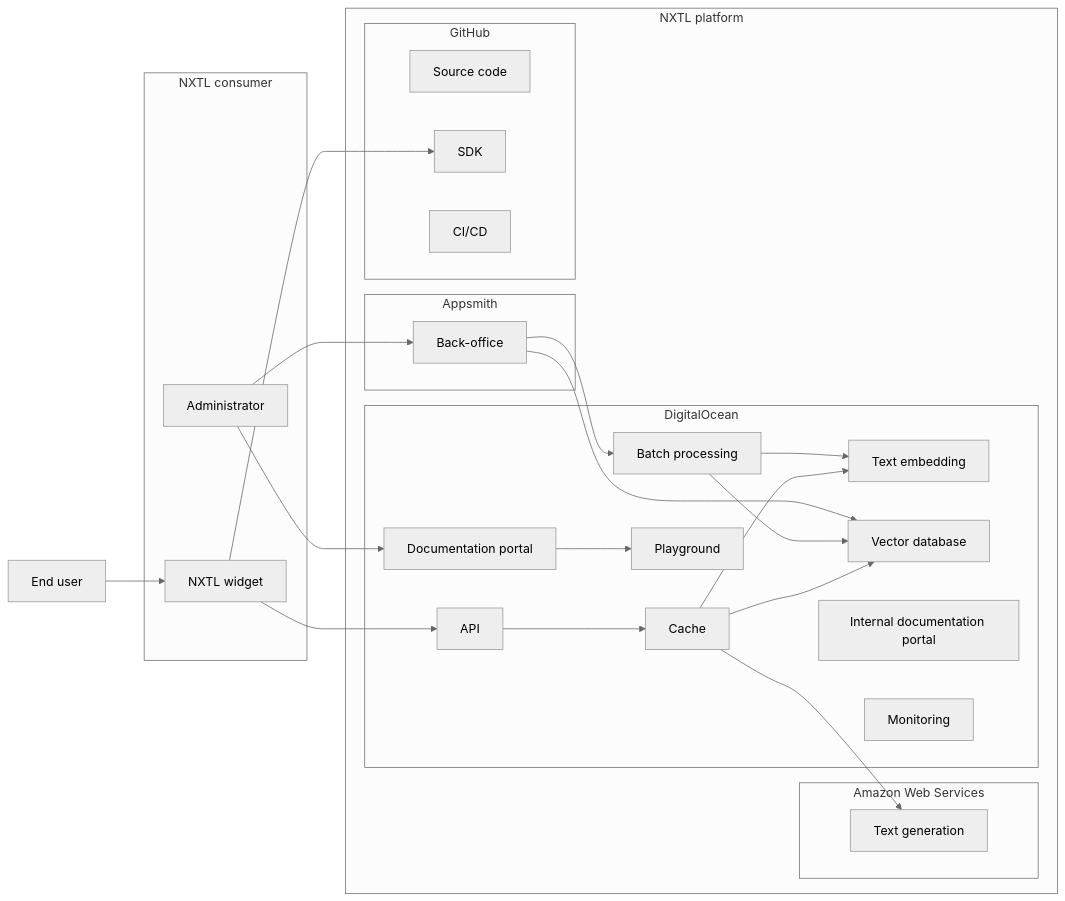
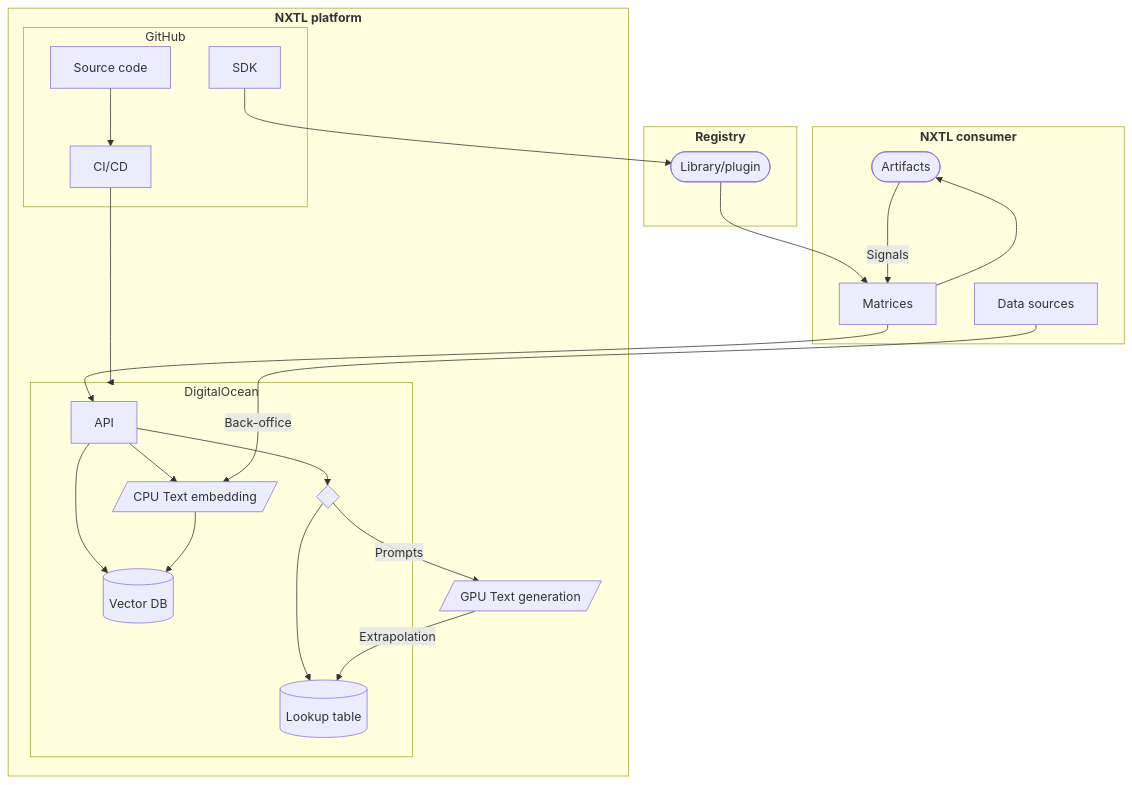
One commit to The-Next-Level-AS/internal-docs changed the diagram in pages/architecture.mdx. Above: the diagram before and after it, drawn with Mermaid. The commit also changed other lines of this file and 7 other files, not shown here.

````diff
--- a/pages/architecture.mdx
+++ b/pages/architecture.mdx
@@ -5,47 +1,41 @@
 ```mermaid
-%%{init: {'theme':'neutral'}}%%
-graph LR;
-subgraph EEE [NXTL consumer]
-X[NXTL widget];
-W[Administrator];
+flowchart TD
+subgraph nxtl_consumer [<b>NXTL consumer</b>]
+  artifacts([Artifacts])
+  data_sources[Data sources]
+  matrices[Matrices]
 end
-Z[End user];
-subgraph FFF [NXTL platform]
-subgraph AAA [Appsmith]
-G[Back-office];
+subgraph nxtl_platform [<b>NXTL platform</b>]
+  text_generation[/GPU Text generation/]
+  subgraph digital_ocean [DigitalOcean]
+    api[API]
+    d{ }
+    text_embedding[/CPU Text embedding/]
+    storage[(Vector DB)]
+    cache[(Lookup table)]
+  end
+  subgraph github [GitHub]
+    source_code[Source code]
+    sdk[SDK]
+    ci_cd[CI/CD]
+  end
 end
-subgraph BBB [Amazon Web Services]
-D[Text generation];
+subgraph registry [<b>Registry</b>]
+  ecosystem([Library/plugin])
 end
-subgraph CCC [DigitalOcean]
-B[API];
-C[Cache];
-E[Text embedding];
-F[Vector database];
-H[Batch processing];
-I[Documentation portal];
-J[Playground];
-L[Internal documentation portal];
-M[Monitoring];
-end
-subgraph DDD [GitHub]
-K[Source code];
-Y[SDK];
-N[CI/CD];
-end
-end
-X --> B;
-B --> C;
-C --> D;
-C --> E;
-C --> F;
-G --> H;
-W --> G;
-H --> F;
-H --> E;
-G --> F;
-W --> I;
-I --> J;
-Z --> X;
-X --> Y;
+sdk --> ecosystem
+ecosystem --> matrices
+matrices --> api
+api --> storage
+d -- Prompts --> text_generation
+api --> text_embedding
+d --> cache
+api --> d
+text_generation -- Extrapolation --> cache
+text_embedding --> storage
+ci_cd --> digital_ocean
+source_code --> ci_cd
+data_sources -- Back-office --> text_embedding
+matrices --> artifacts
+artifacts -- Signals --> matrices
 ```
````
